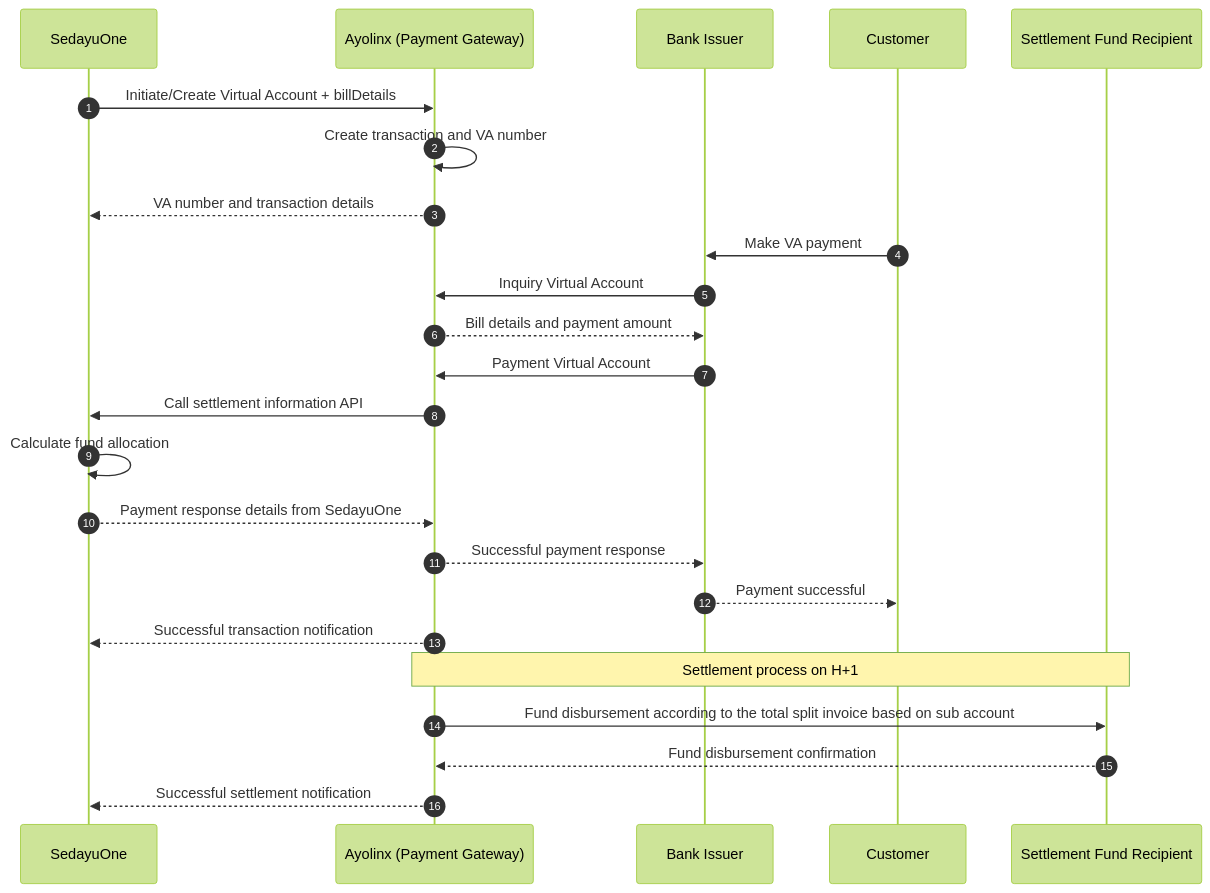
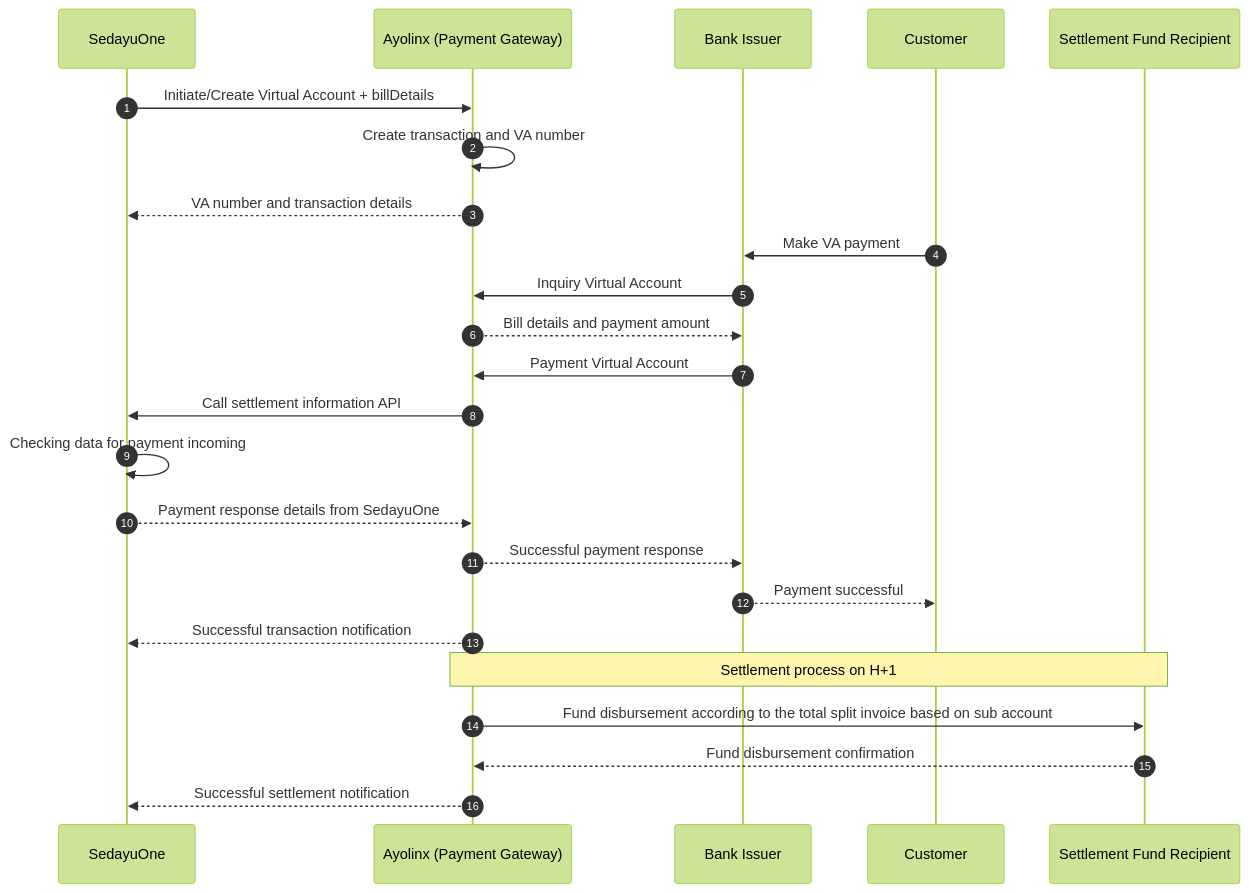
The diagram in seq-eng.md (ayolinx-ipd/billva), drawn with Mermaid (forest theme) before and after one commit.

````diff
--- a/seq-eng.md
+++ b/seq-eng.md
@@ -13,32 +13,32 @@
 ```mermaid
 sequenceDiagram
     autonumber
     participant SO as SedayuOne
     participant PG as Ayolinx (Payment Gateway)
     participant BI as Bank Issuer
     participant C as Customer
     participant SA as Settlement Fund Recipient
 
     SO->>PG: Initiate/Create Virtual Account + billDetails
     PG->>PG: Create transaction and VA number
     PG-->>SO: VA number and transaction details
 
     C->>BI: Make VA payment
     BI->>PG: Inquiry Virtual Account
     PG-->>BI: Bill details and payment amount
 
     BI->>PG: Payment Virtual Account
     PG->>SO: Call settlement information API
-    SO->>SO: Calculate fund allocation
+    SO->>SO: Checking data for payment incoming
     SO-->>PG: Payment response details from SedayuOne
 
     PG-->>BI: Successful payment response
     BI-->>C: Payment successful
     PG-->>SO: Successful transaction notification
 
     Note over PG,SA: Settlement process on H+1
 
     PG->>SA: Fund disbursement according to the total split invoice based on sub account
     SA-->>PG: Fund disbursement confirmation
     PG-->>SO: Successful settlement notification
 ```
````
